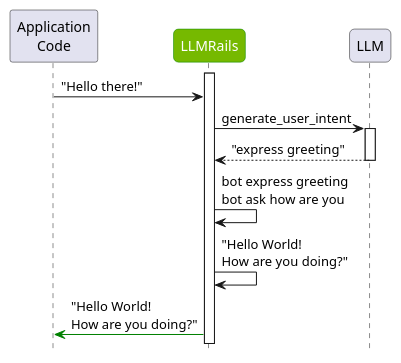
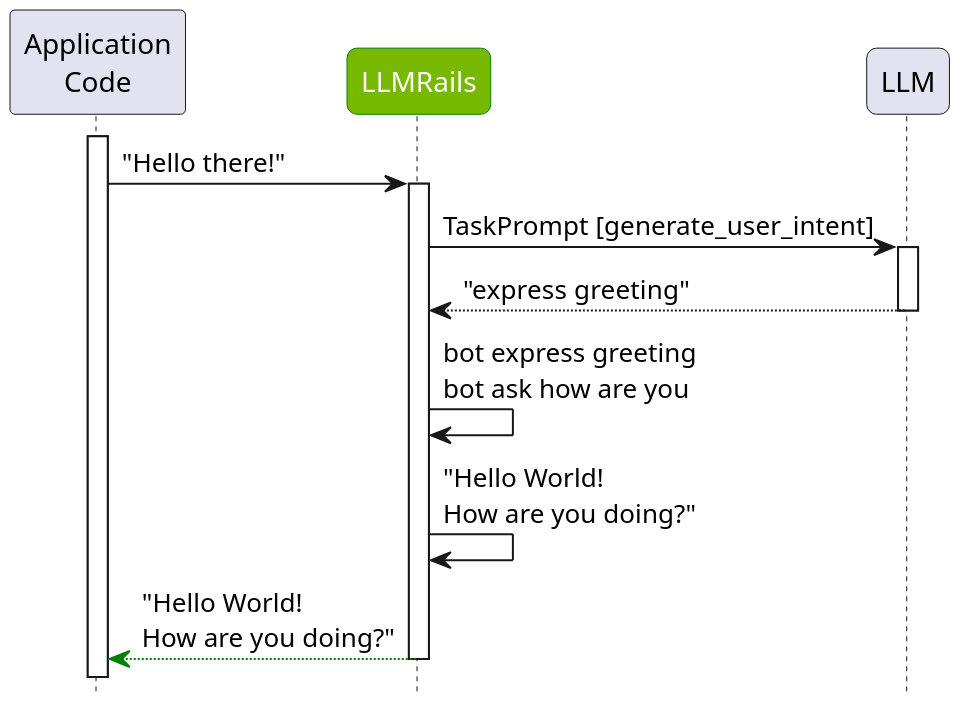
The diagram in docs/_assets/puml/core_colang_concepts_fig_1.puml (NVIDIA/NeMo-Guardrails), drawn with PlantUML before and after one commit. The commit also changed 10 other files, not shown here.

```diff
--- a/docs/_assets/puml/core_colang_concepts_fig_1.puml
+++ b/docs/_assets/puml/core_colang_concepts_fig_1.puml
@@ -1,31 +1,32 @@
 @startuml
 participant "Application\nCode" as A
 
 skinparam Participant {
   RoundCorner 10
 
   BackgroundColor<<LLMRails >> 76b900
   FontColor<<LLMRails>> white
   BorderColor<<LLMRails>> green
 }
 
-
 participant LLMRails <<LLMRails>>
 
+activate A
+A->LLMRails: "Hello there!"
 activate LLMRails
-A->LLMRails: "Hello there!"
 
-LLMRails->LLM: generate_user_intent
+LLMRails->LLM: TaskPrompt [generate_user_intent]
 activate LLM
 return "express greeting"
 
 LLMRails->LLMRails: bot express greeting\nbot ask how are you
 
 LLMRails->LLMRails: "Hello World!\nHow are you doing?"
 
-LLMRails-[#green]>A: "Hello World!\nHow are you doing?"
+return #green "Hello World!\nHow are you doing?"
 
 participant LLM
 hide footbox
 hide stereotype
+scale 2
 @enduml
```
